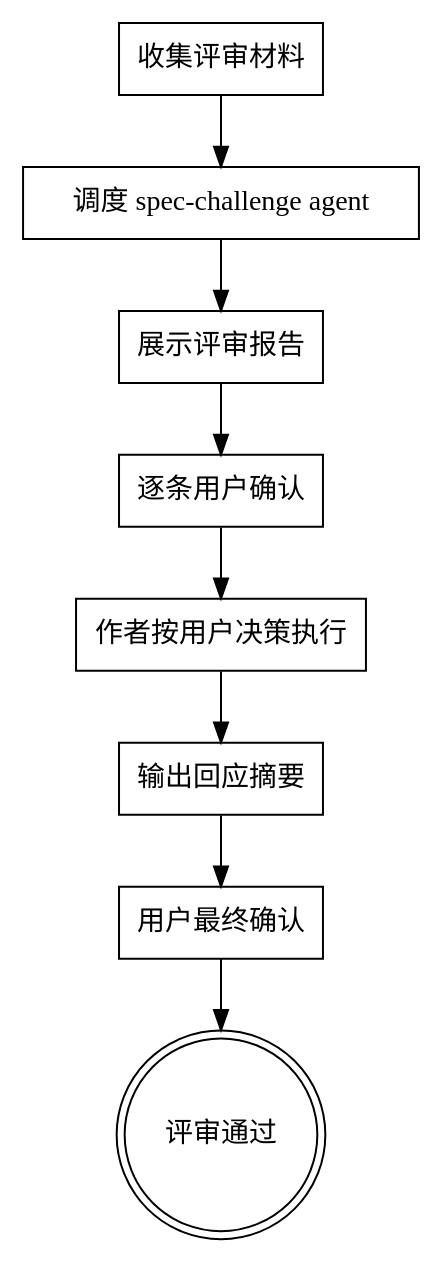
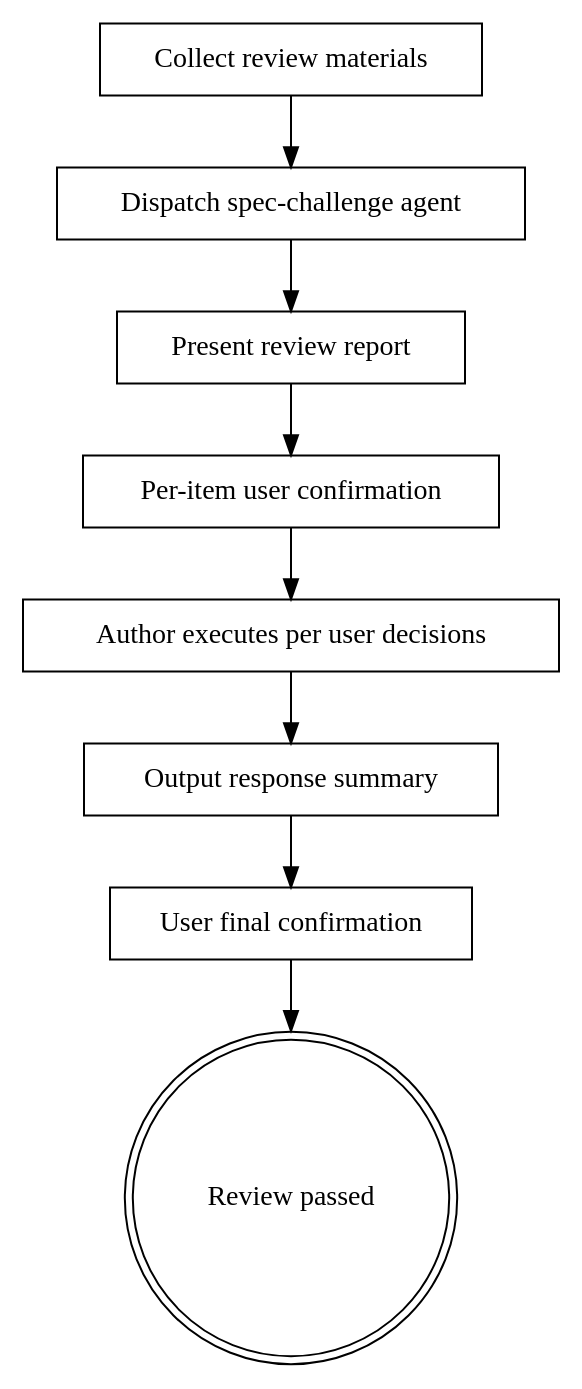
Before and after one commit to Aimeerrhythm/enterprise-change-workflow: the diagram in skills/spec-challenge/SKILL.md, drawn with Graphviz. The commit also changed other lines of this file and 18 other files, not shown here.

````diff
--- a/skills/spec-challenge/SKILL.md
+++ b/skills/spec-challenge/SKILL.md
@@ -21,22 +21,22 @@
 ```dot
 digraph spec_challenge {
   rankdir=TB;
 
-  "收集评审材料" [shape=box];
-  "调度 spec-challenge agent" [shape=box];
-  "展示评审报告" [shape=box];
-  "逐条用户确认" [shape=box];
-  "作者按用户决策执行" [shape=box];
-  "输出回应摘要" [shape=box];
-  "用户最终确认" [shape=box];
-  "评审通过" [shape=doublecircle];
+  "Collect review materials" [shape=box];
+  "Dispatch spec-challenge agent" [shape=box];
+  "Present review report" [shape=box];
+  "Per-item user confirmation" [shape=box];
+  "Author executes per user decisions" [shape=box];
+  "Output response summary" [shape=box];
+  "User final confirmation" [shape=box];
+  "Review passed" [shape=doublecircle];
 
-  "收集评审材料" -> "调度 spec-challenge agent";
-  "调度 spec-challenge agent" -> "展示评审报告";
-  "展示评审报告" -> "逐条用户确认";
-  "逐条用户确认" -> "作者按用户决策执行";
-  "作者按用户决策执行" -> "输出回应摘要";
-  "输出回应摘要" -> "用户最终确认";
-  "用户最终确认" -> "评审通过";
+  "Collect review materials" -> "Dispatch spec-challenge agent";
+  "Dispatch spec-challenge agent" -> "Present review report";
+  "Present review report" -> "Per-item user confirmation";
+  "Per-item user confirmation" -> "Author executes per user decisions";
+  "Author executes per user decisions" -> "Output response summary";
+  "Output response summary" -> "User final confirmation";
+  "User final confirmation" -> "Review passed";
 }
 ```
````
